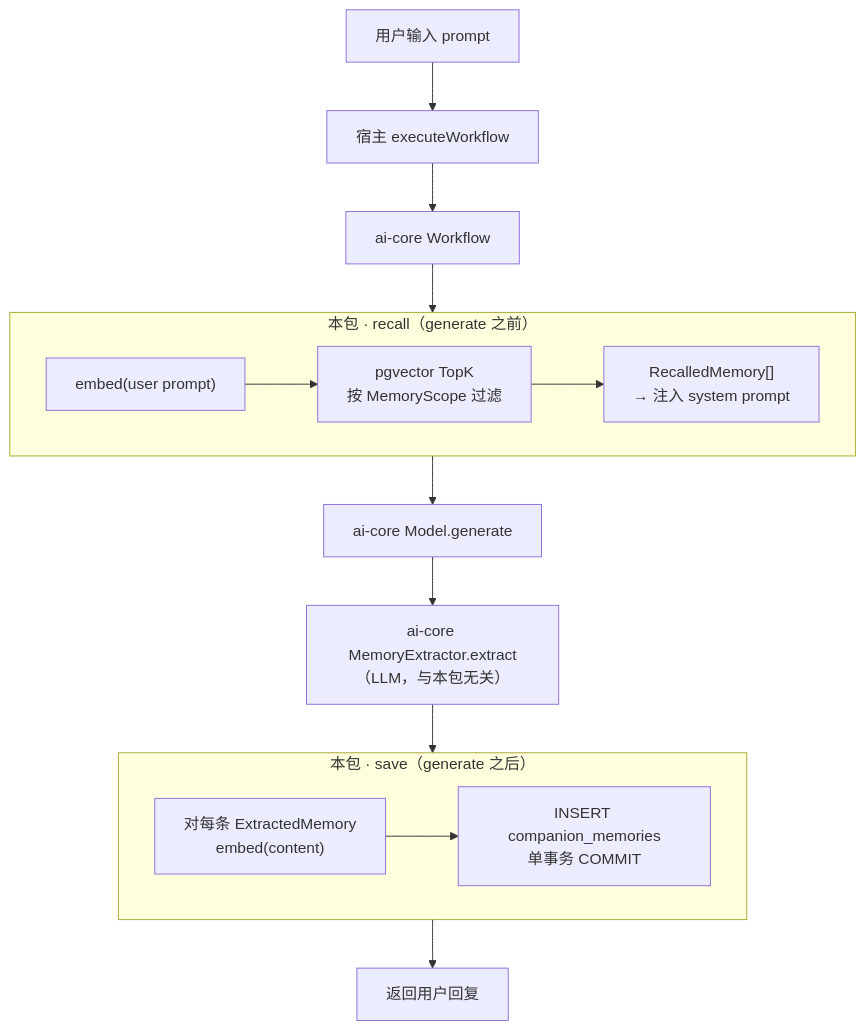
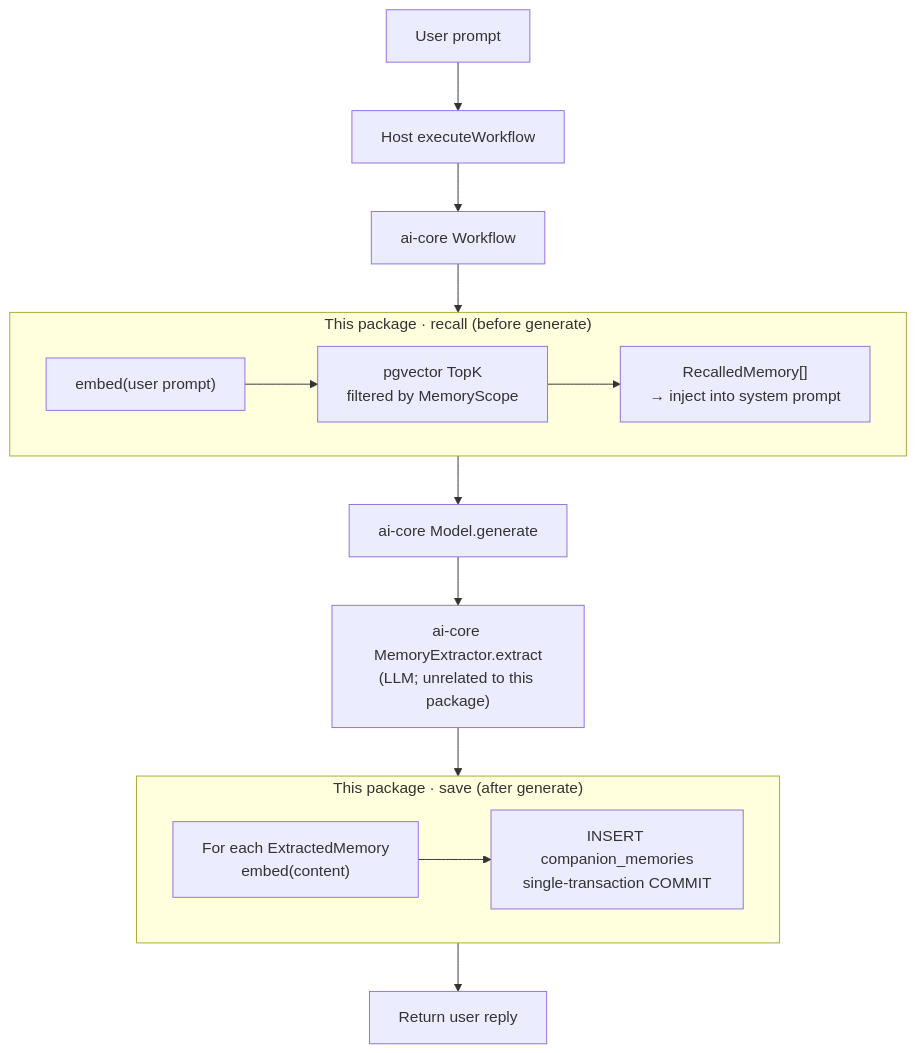
One commit to KRISACHAN/ying-ai changed the first of 4 diagrams in packages/memory-postgres/README.md. Above: the diagram before and after it, drawn with Mermaid. The commit also changed other lines of this file and 205 other files, not shown here.

````diff
--- a/packages/memory-postgres/README.md
+++ b/packages/memory-postgres/README.md
@@ -85,21 +87,21 @@
 ```mermaid
 flowchart TB
-  U["用户输入 prompt"] --> HOST["宿主 executeWorkflow"]
+  U["User prompt"] --> HOST["Host executeWorkflow"]
   HOST --> WF["ai-core Workflow"]
 
-  subgraph Recall["本包 · recall（generate 之前）"]
-    R1["embed(user prompt)"] --> R2["pgvector TopK\n按 MemoryScope 过滤"]
-    R2 --> R3["RecalledMemory[]\n→ 注入 system prompt"]
+  subgraph Recall["This package · recall (before generate)"]
+    R1["embed(user prompt)"] --> R2["pgvector TopK\nfiltered by MemoryScope"]
+    R2 --> R3["RecalledMemory[]\n→ inject into system prompt"]
   end
 
   WF --> Recall
   Recall --> GEN["ai-core Model.generate"]
-  GEN --> EX["ai-core MemoryExtractor.extract\n（LLM，与本包无关）"]
+  GEN --> EX["ai-core MemoryExtractor.extract\n(LLM; unrelated to this package)"]
 
-  subgraph Save["本包 · save（generate 之后）"]
-    S1["对每条 ExtractedMemory\nembed(content)"] --> S2["INSERT companion_memories\n单事务 COMMIT"]
+  subgraph Save["This package · save (after generate)"]
+    S1["For each ExtractedMemory\nembed(content)"] --> S2["INSERT companion_memories\nsingle-transaction COMMIT"]
   end
 
   EX --> Save
-  Save --> OUT["返回用户回复"]
+  Save --> OUT["Return user reply"]
 ```
````
